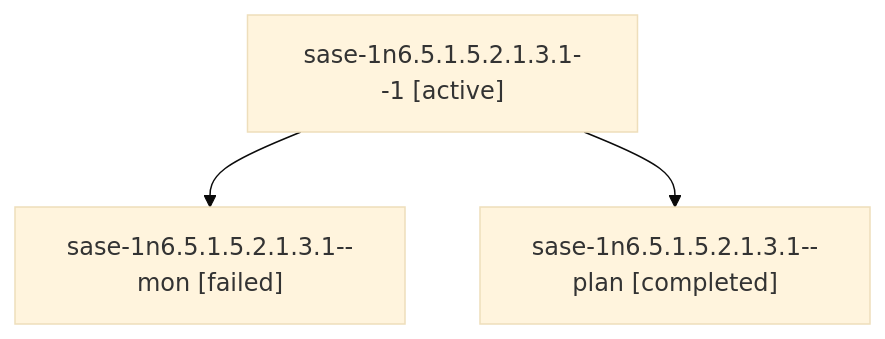
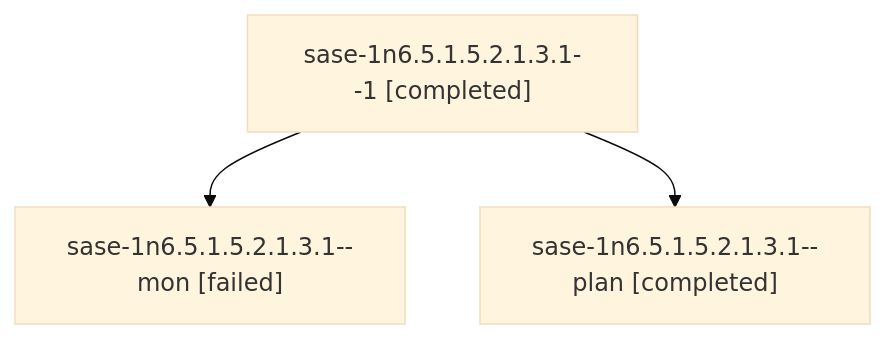
The diagram in sessions/bbugyi200.athena.sase-1n6.5.1.5.2.1.3.1.md (sase-org/sase--agents), drawn with Mermaid (base theme) before and after one commit. The commit also changed other lines of this file and 153 other files, not shown here.

````diff
--- a/sessions/bbugyi200.athena.sase-1n6.5.1.5.2.1.3.1.md
+++ b/sessions/bbugyi200.athena.sase-1n6.5.1.5.2.1.3.1.md
@@ -9,8 +9,8 @@
 ```mermaid
 flowchart TD
-  n0["sase-1n6.5.1.5.2.1.3.1--1 [active]"]
+  n0["sase-1n6.5.1.5.2.1.3.1--1 [completed]"]
   n1["sase-1n6.5.1.5.2.1.3.1--mon [failed]"]
   n0 --> n1
   n2["sase-1n6.5.1.5.2.1.3.1--plan [completed]"]
   n0 --> n2
 ```
````
